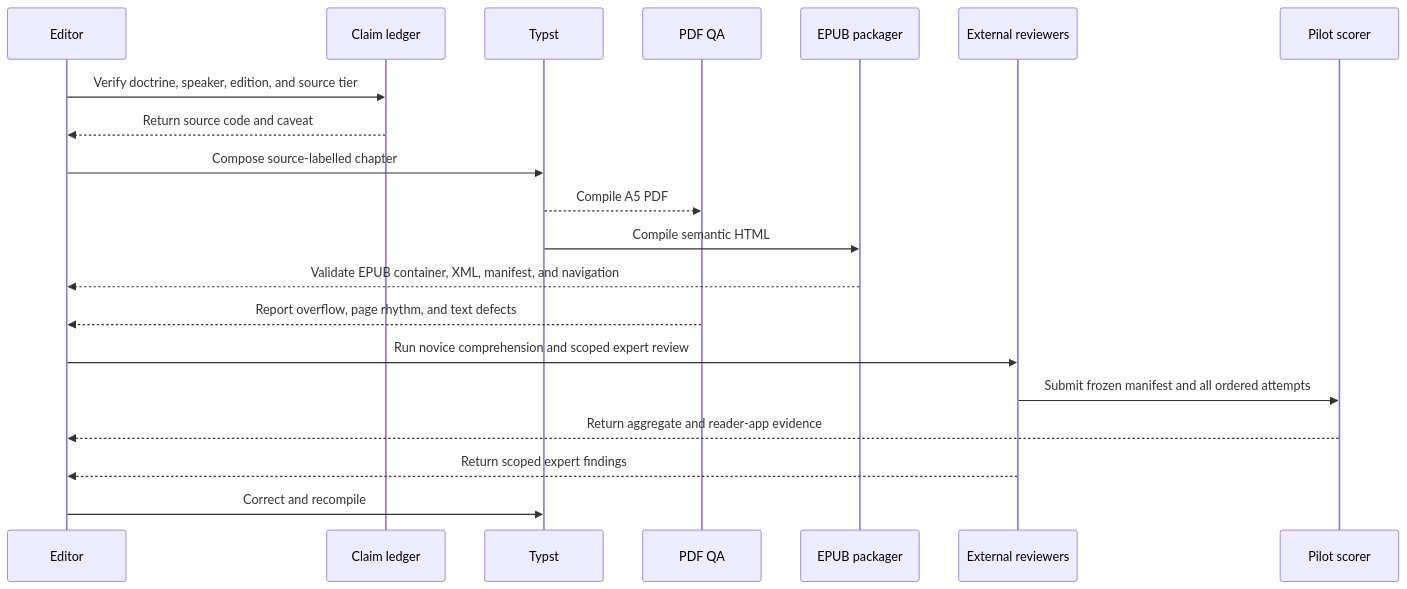
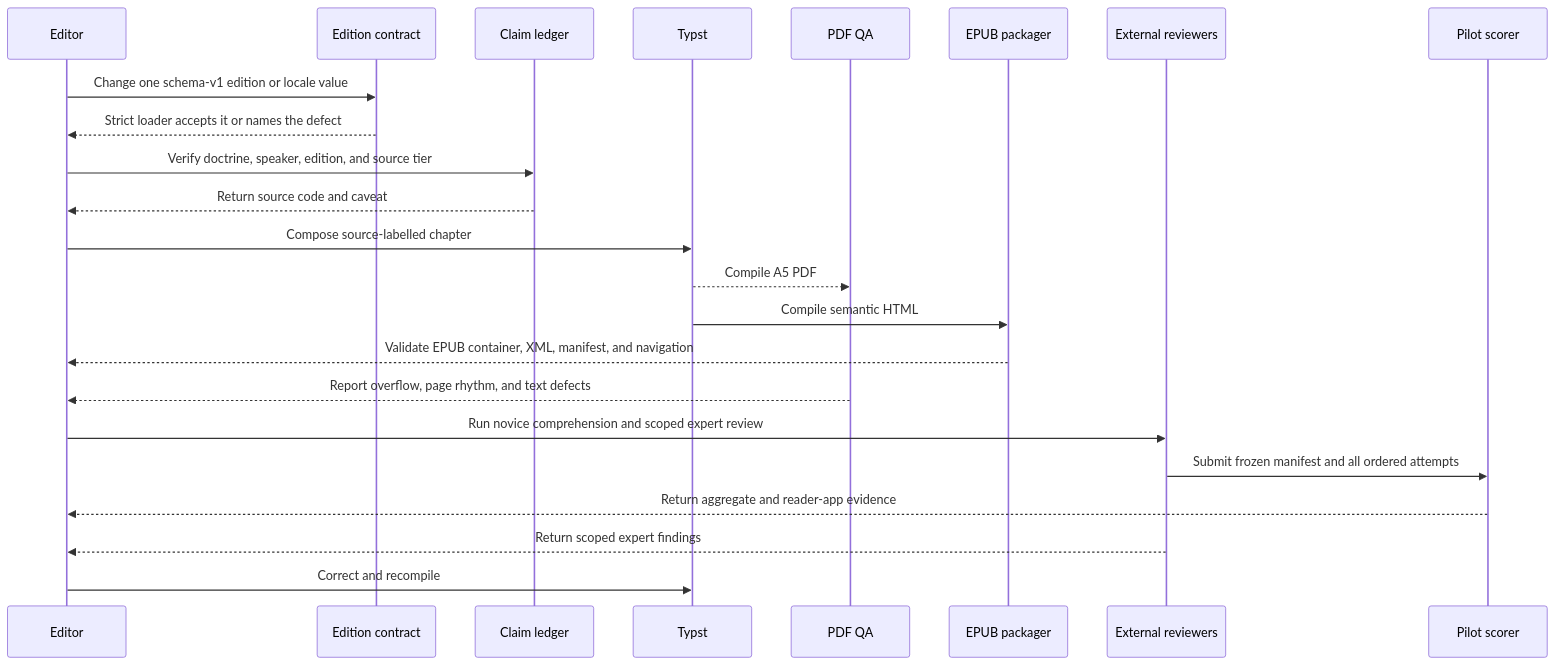
One commit to streamentry/streamentry changed the third of 5 diagrams in AGENTS.md. Above: the diagram before and after it, drawn with Mermaid. The commit also changed other lines of this file and 30 other files, not shown here.

Commit message:
Centralize edition and locale publication contract

````diff
--- a/AGENTS.md
+++ b/AGENTS.md
@@ -108,22 +130,25 @@
 ```mermaid
 sequenceDiagram
   participant E as Editor
+  participant D as Edition contract
   participant L as Claim ledger
   participant T as Typst
   participant Q as PDF QA
   participant P as EPUB packager
   participant R as External reviewers
   participant S as Pilot scorer
+  E->>D: Change one schema-v1 edition or locale value
+  D-->>E: Strict loader accepts it or names the defect
   E->>L: Verify doctrine, speaker, edition, and source tier
   L-->>E: Return source code and caveat
   E->>T: Compose source-labelled chapter
   T-->>Q: Compile A5 PDF
   T->>P: Compile semantic HTML
   P-->>E: Validate EPUB container, XML, manifest, and navigation
   Q-->>E: Report overflow, page rhythm, and text defects
   E->>R: Run novice comprehension and scoped expert review
   R->>S: Submit frozen manifest and all ordered attempts
   S-->>E: Return aggregate and reader-app evidence
   R-->>E: Return scoped expert findings
   E->>T: Correct and recompile
 ```
````
